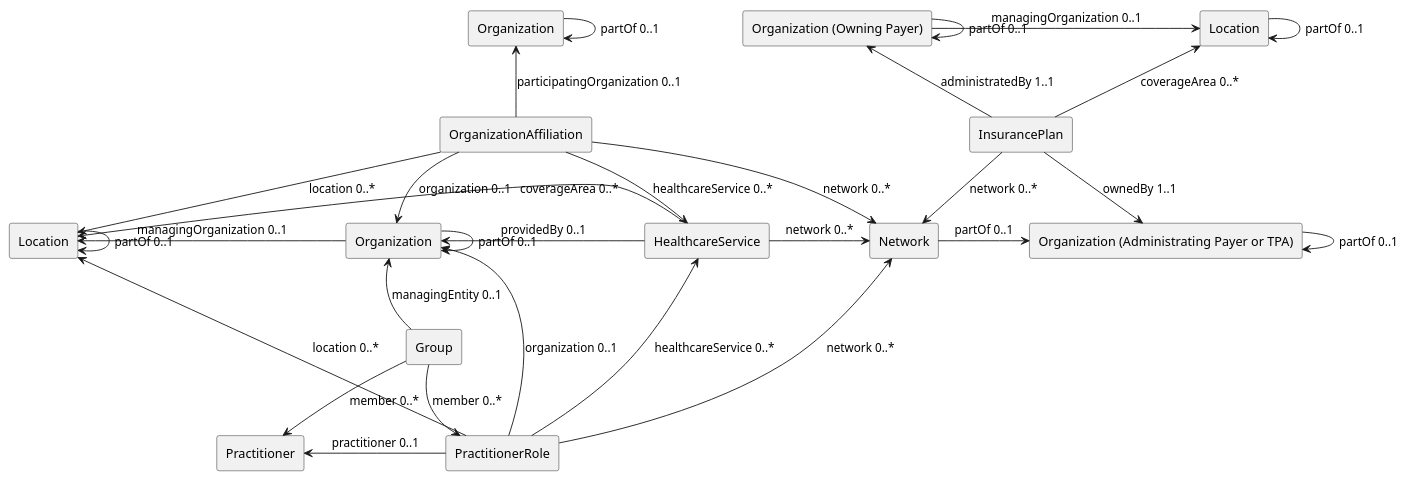
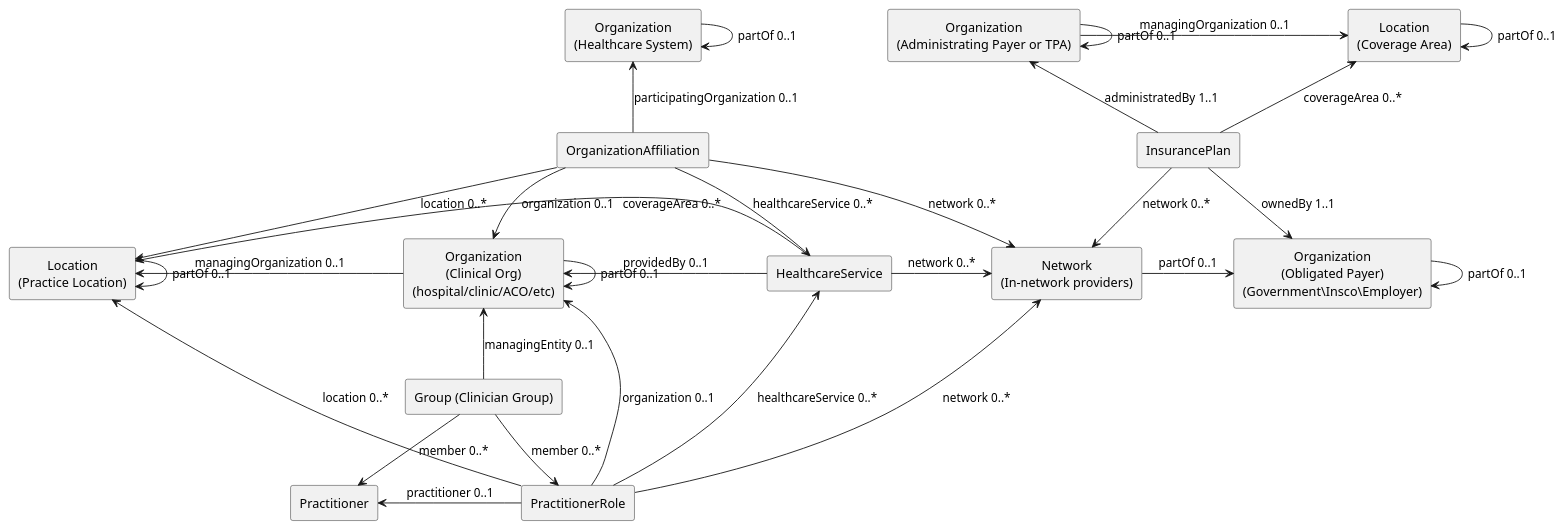
One commit to HL7/fhir-us-ndh changed the diagram in input/images-source/RelResource.plantuml. Above: the diagram before and after it, drawn with PlantUML. The commit also changed 1 other file, not shown here.

Commit message:
improved default and "hyper typed" version

```diff
--- a/input/images-source/RelResource.plantuml
+++ b/input/images-source/RelResource.plantuml
@@ -1,58 +1,60 @@
 @startuml
 
+skinparam defaultTextAlignment center
+
 agent OrganizationAffiliation as orgAff
-agent "Organization (Administrating Payer or TPA)" as orgIns1
-agent "Organization (Owning Payer)" as orgIns2
-agent Organization as orgOrgAff
-agent Organization as orgOrgPrac
-agent Location as locIns 
-agent Location as locOrgPrac  
-agent Network as network
+agent "Organization\n(Administrating Payer or TPA)" as orgIns2
+agent "Organization\n(Obligated Payer)\n(Government\Insco\Employer)" as orgIns1
+agent "Organization\n(Healthcare System)" as orgOrgAff
+agent "Organization\n(Clinical Org)\n(hospital/clinic/ACO/etc)" as orgOrgPrac
+agent "Location\n(Coverage Area)" as locIns 
+agent "Location\n(Practice Location)" as locOrgPrac  
+agent "Network\n(In-network providers)" as network
 agent HealthcareService as service
 agent InsurancePlan as insurance
 agent PractitionerRole as pracRole
 agent Practitioner as practitioner
-agent Group as group
+agent "Group (Clinician Group)" as group
 
 pracRole -up-> network: "network 0..*"
 pracRole -up-> orgOrgPrac: "organization 0..1"
 pracRole -up-> service: "healthcareService 0..*"
 group -up-> orgOrgPrac: "managingEntity 0..1"
 group -down-> practitioner: "member 0..*"
 group -down-> pracRole: "member 0..*"
 service -left->orgOrgPrac: "providedBy 0..1"
 service -left->locOrgPrac: "coverageArea 0..*"
 service -right->network: "network 0..*"
 pracRole -up-> locOrgPrac: "location 0..*"
 orgAff -down-> network: "network 0..*"
 orgAff -down-> orgOrgPrac: "organization 0..1"
 orgAff -down-> service: "healthcareService 0..*"
 orgAff -down-> locOrgPrac: "location 0..*"
 
 
 orgAff -up-> orgOrgAff: "participatingOrganization 0..1"
 insurance -down-> network: "network 0..*"
 insurance -up-> locIns: "coverageArea 0..*"
 orgOrgPrac -left-> locOrgPrac: "managingOrganization 0..1"
 insurance -up-> orgIns2: "administratedBy 1..1"
 insurance -down-> orgIns1: "ownedBy 1..1"
 network -right-> orgIns1: "partOf 0..1"
 
 pracRole -left-> practitioner: "practitioner 0..1"
 
 locOrgPrac -right-> locOrgPrac : "partOf 0..1"
 locIns -right-> locIns : "partOf 0..1"
 orgOrgPrac -right-> orgOrgPrac : "partOf 0..1"
 orgIns1 -right-> orgIns1 : "partOf 0..1"
 orgIns2 -right-> orgIns2 : "partOf 0..1"
 orgIns2 -right-> locIns: "managingOrganization 0..1"
 orgOrgAff -right-> orgOrgAff : "partOf 0..1"
 
 
 
 
 
 
 
 
 @enduml
```
